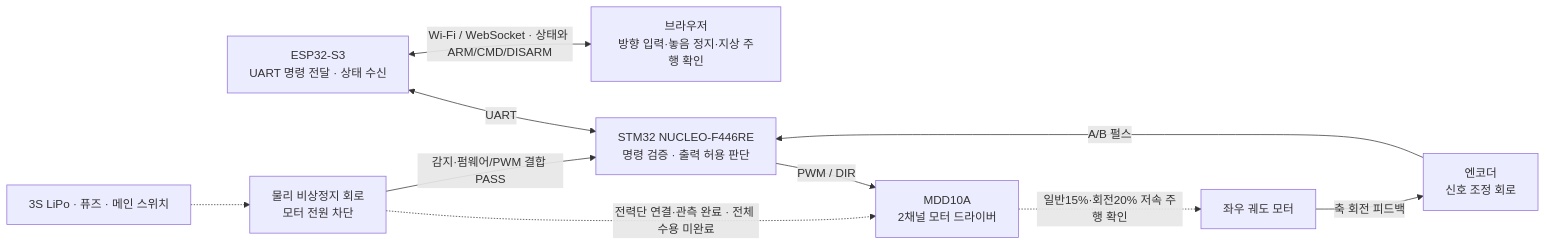
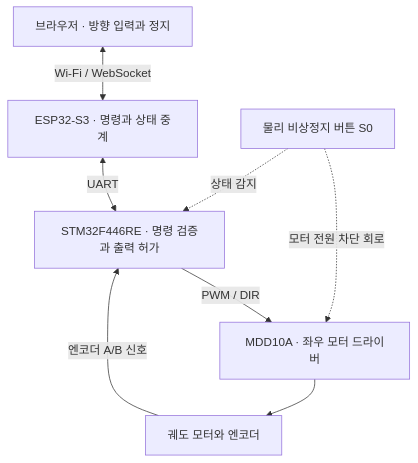
Before and after one commit to pr0ved99/TIL: the diagram in Projects/Tracked_Mobile_Robot/README.md, drawn with Mermaid. The commit also changed other lines of this file and 7 other files, not shown here.

````diff
--- a/Projects/Tracked_Mobile_Robot/README.md
+++ b/Projects/Tracked_Mobile_Robot/README.md
@@ -69,12 +19,10 @@
 ```mermaid
-flowchart LR
-    ESP["ESP32-S3<br/>UART 명령 전달 · 상태 수신"] <-->|UART| STM["STM32 NUCLEO-F446RE<br/>명령 검증 · 출력 허용 판단"]
-    ESP <-->|Wi-Fi / WebSocket · 상태와 ARM/CMD/DISARM| WEB["브라우저<br/>방향 입력·놓음 정지·지상 주행 확인"]
-    STM -->|PWM / DIR| DRIVER["MDD10A<br/>2채널 모터 드라이버"]
-    DRIVER -.->|일반15%·회전20% 저속 주행 확인| MOTOR["좌우 궤도 모터"]
-    MOTOR -->|축 회전 피드백| ENC["엔코더<br/>신호 조정 회로"]
-    ENC -->|A/B 펄스| STM
-    BAT["3S LiPo · 퓨즈 · 메인 스위치"] -.-> STOP["물리 비상정지 회로<br/>모터 전원 차단"]
-    STOP -.->|전력단 연결·관측 완료 · 전체 수용 미완료| DRIVER
-    STOP -->|감지·펌웨어/PWM 결합 PASS| STM
+flowchart TD
+    UI["브라우저 · 방향 입력과 정지"] <-->|Wi-Fi / WebSocket| ESP["ESP32-S3 · 명령과 상태 중계"]
+    ESP <-->|UART| STM["STM32F446RE · 명령 검증과 출력 허가"]
+    STM -->|PWM / DIR| DRV["MDD10A · 좌우 모터 드라이버"]
+    DRV --> MOTOR["궤도 모터와 엔코더"]
+    MOTOR -->|엔코더 A/B 신호| STM
+    S0["물리 비상정지 버튼 S0"] -.->|모터 전원 차단 회로| DRV
+    S0 -.->|상태 감지| STM
 ```
````
